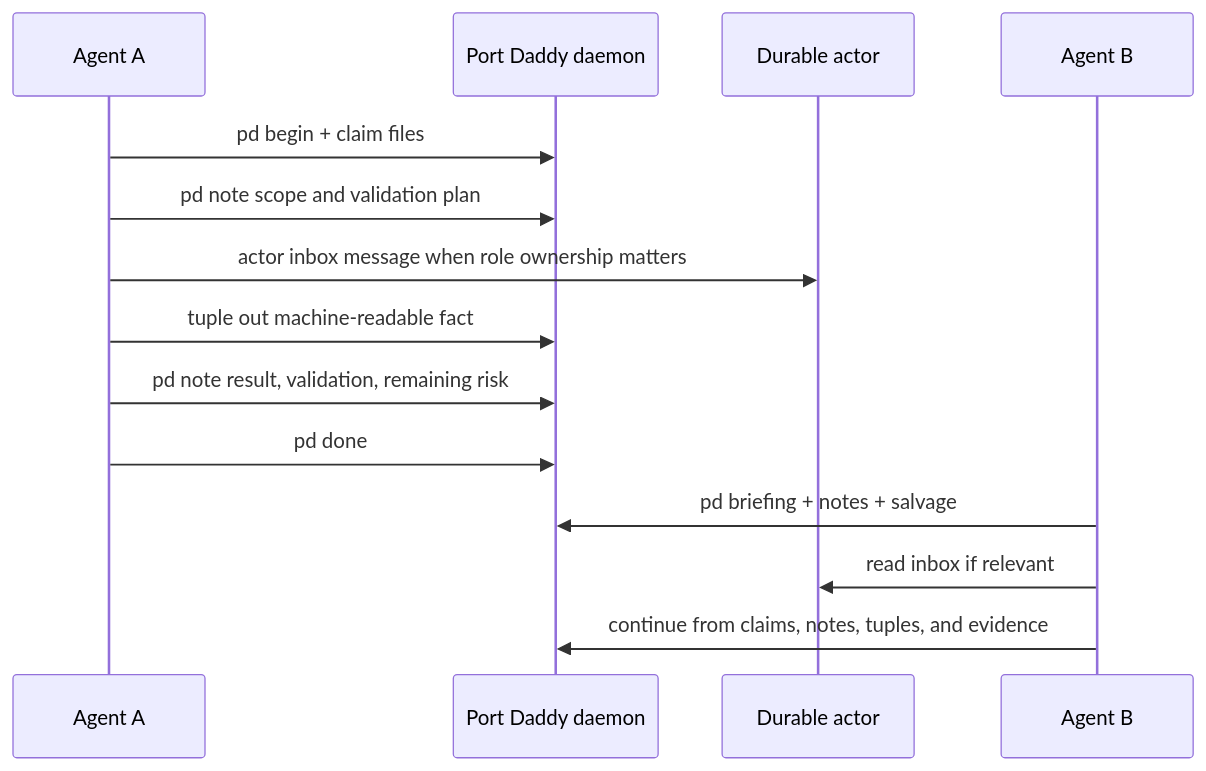
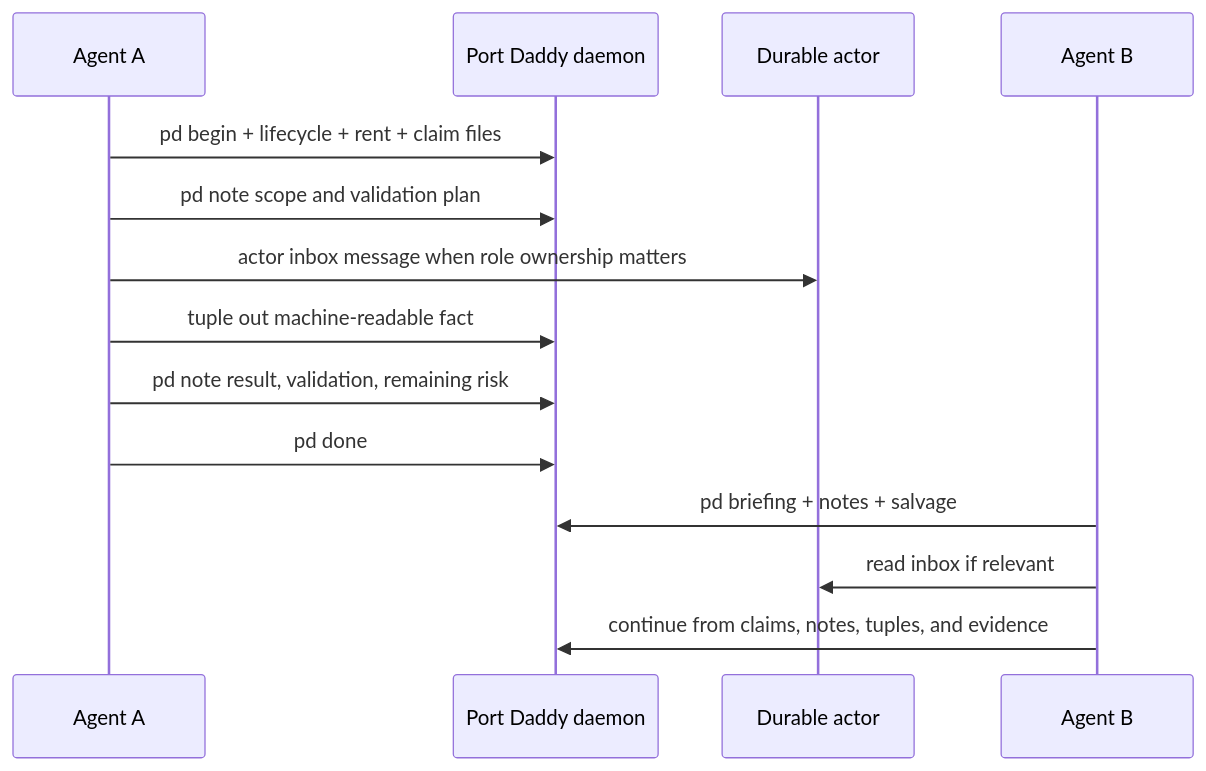
Before and after one commit to curiositech/port-daddy: the diagram in .agents/skills/port-daddy-agent-skill/diagrams/02_sequenceDiagram_coordination_handoff.md, drawn with Mermaid. The commit also changed 122 other files, not shown here.

````diff
--- a/.agents/skills/port-daddy-agent-skill/diagrams/02_sequenceDiagram_coordination_handoff.md
+++ b/.agents/skills/port-daddy-agent-skill/diagrams/02_sequenceDiagram_coordination_handoff.md
@@ -3,16 +3,16 @@
 ```mermaid
 sequenceDiagram
   participant A as Agent A
   participant D as Port Daddy daemon
   participant Act as Durable actor
   participant B as Agent B
-  A->>D: pd begin + claim files
+  A->>D: pd begin + lifecycle + rent + claim files
   A->>D: pd note scope and validation plan
   A->>Act: actor inbox message when role ownership matters
   A->>D: tuple out machine-readable fact
   A->>D: pd note result, validation, remaining risk
   A->>D: pd done
   B->>D: pd briefing + notes + salvage
   B->>Act: read inbox if relevant
   B->>D: continue from claims, notes, tuples, and evidence
 ```
````
